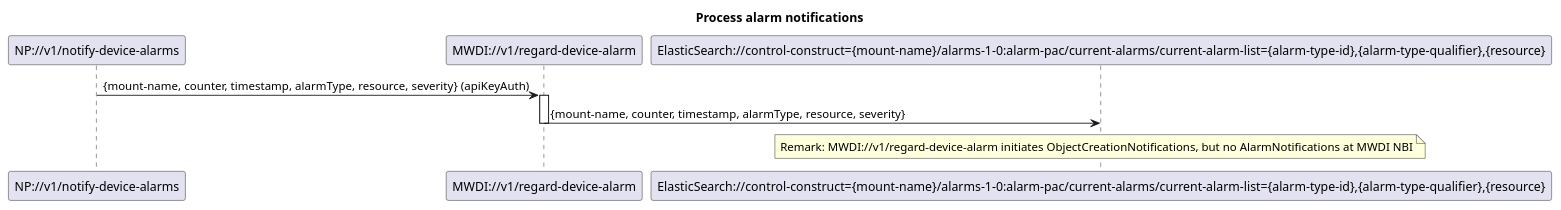
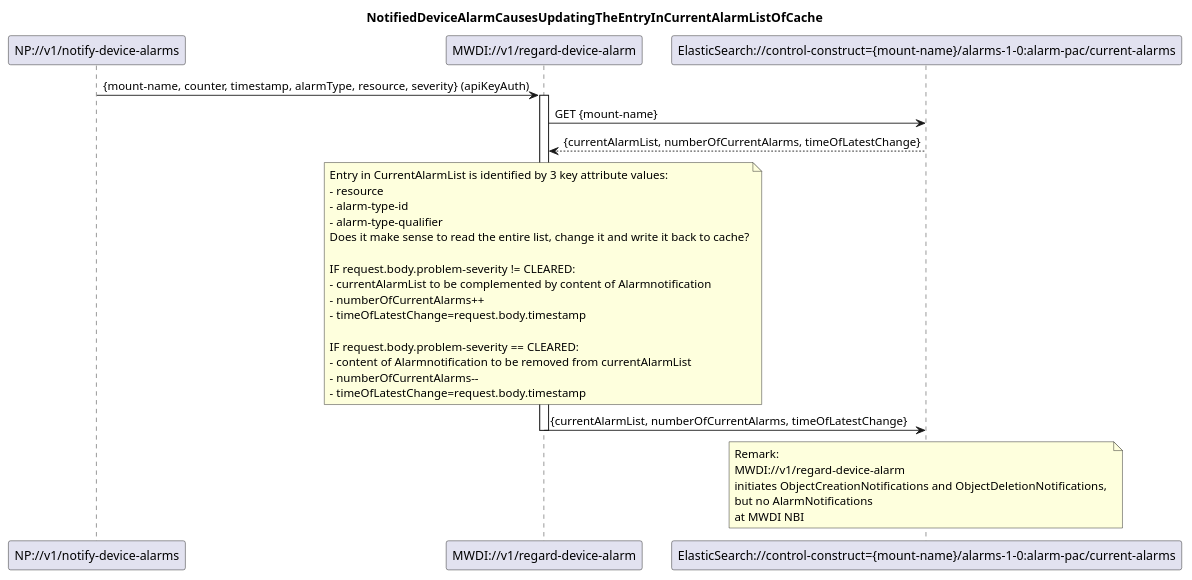
The diagram in spec/diagrams/022_NotificationBasedAlarmListUpdate.plantuml (openBackhaul/MicroWaveDeviceInventory), drawn with PlantUML before and after one commit. The commit also changed 9 other files, not shown here.

```diff
--- a/spec/diagrams/022_NotificationBasedAlarmListUpdate.plantuml
+++ b/spec/diagrams/022_NotificationBasedAlarmListUpdate.plantuml
@@ -1,19 +1,46 @@
 @startuml 022_NotificationBasedAlarmListUpdate
 
 skinparam responseMessageBelowArrow true
 
-title Process alarm notifications
+title NotifiedDeviceAlarmCausesUpdatingTheEntryInCurrentAlarmListOfCache
 
 participant "NP://v1/notify-device-alarms" as subscription
 participant "MWDI://v1/regard-device-alarm" as regardAlarm
-participant "ElasticSearch://control-construct={mount-name}/alarms-1-0:alarm-pac/current-alarms/current-alarm-list={alarm-type-id},{alarm-type-qualifier},{resource}" as es
+participant "ElasticSearch://control-construct={mount-name}/alarms-1-0:alarm-pac/current-alarms" as CurrentAlarms
 
 subscription -> regardAlarm: {mount-name, counter, timestamp, alarmType, resource, severity} (apiKeyAuth)
 activate regardAlarm
 
-regardAlarm -> es: {mount-name, counter, timestamp, alarmType, resource, severity}
+regardAlarm -> CurrentAlarms: GET {mount-name}
+CurrentAlarms --> regardAlarm: {currentAlarmList, numberOfCurrentAlarms, timeOfLatestChange}
+
+note over regardAlarm
+Entry in CurrentAlarmList is identified by 3 key attribute values:
+- resource
+- alarm-type-id
+- alarm-type-qualifier
+Does it make sense to read the entire list, change it and write it back to cache?
+
+IF request.body.problem-severity != CLEARED:
+- currentAlarmList to be complemented by content of Alarmnotification
+- numberOfCurrentAlarms++
+- timeOfLatestChange=request.body.timestamp
+
+IF request.body.problem-severity == CLEARED:
+- content of Alarmnotification to be removed from currentAlarmList
+- numberOfCurrentAlarms--
+- timeOfLatestChange=request.body.timestamp
+end note
+
+regardAlarm -> CurrentAlarms: {currentAlarmList, numberOfCurrentAlarms, timeOfLatestChange}
 deactivate regardAlarm
 
-note over es: Remark: MWDI://v1/regard-device-alarm initiates ObjectCreationNotifications, but no AlarmNotifications at MWDI NBI
+note over CurrentAlarms
+Remark: 
+MWDI://v1/regard-device-alarm 
+initiates ObjectCreationNotifications and ObjectDeletionNotifications, 
+but no AlarmNotifications 
+at MWDI NBI
+end note
 
 @enduml
```
